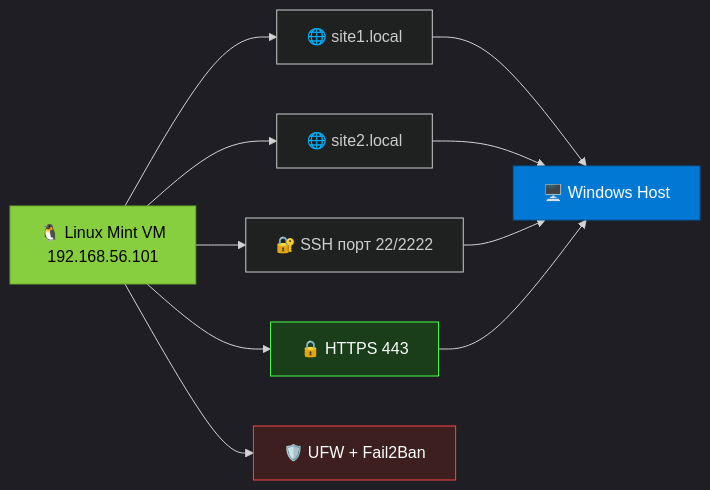
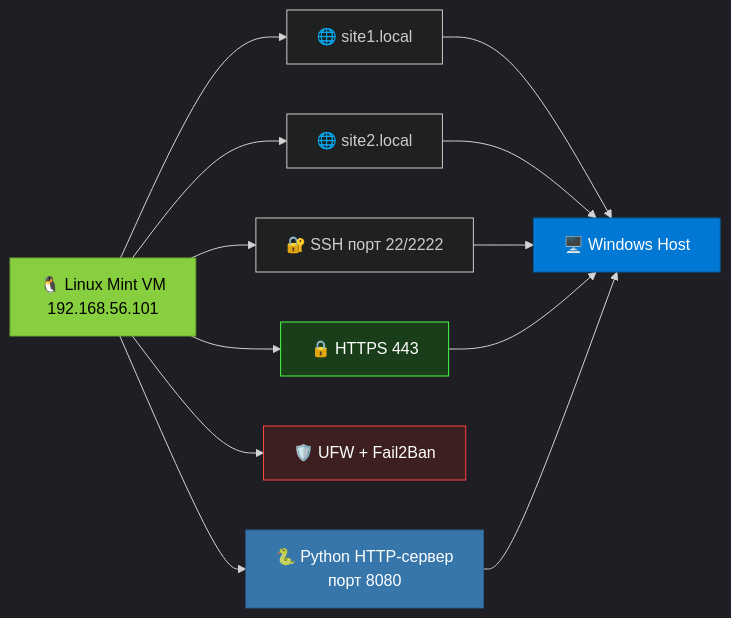
Diagram 12 of 12 in README.md (Mohanad0101/LAB16_VHosts), drawn with Mermaid before and after one commit. The commit also changed other lines of this file, not shown here.

````diff
--- a/README.md
+++ b/README.md
@@ -811,18 +2155,21 @@
 ```mermaid
 %%{init: {'theme': 'dark'}}%%
 graph LR
     A["🐧 Linux Mint VM<br/>192.168.56.101"] --> B["🌐 site1.local"]
     A --> C["🌐 site2.local"]
     A --> D["🔐 SSH порт 22/2222"]
     A --> E["🔒 HTTPS 443"]
     A --> F["🛡️ UFW + Fail2Ban"]
+    A --> Py["🐍 Python HTTP-сервер<br/>порт 8080"]
     B --> G["🖥️ Windows Host"]
     C --> G
     D --> G
     E --> G
+    Py --> G
 
     style A fill:#87CF3E,stroke:#6aa82f,color:#000
     style G fill:#0078D4,stroke:#005A9E,color:#fff
     style E fill:#1a3d1a,stroke:#44ff44,color:#fff
     style F fill:#3d1f1f,stroke:#ff4444,color:#fff
+    style Py fill:#3776AB,stroke:#2d5f8a,color:#fff
 ```
````
